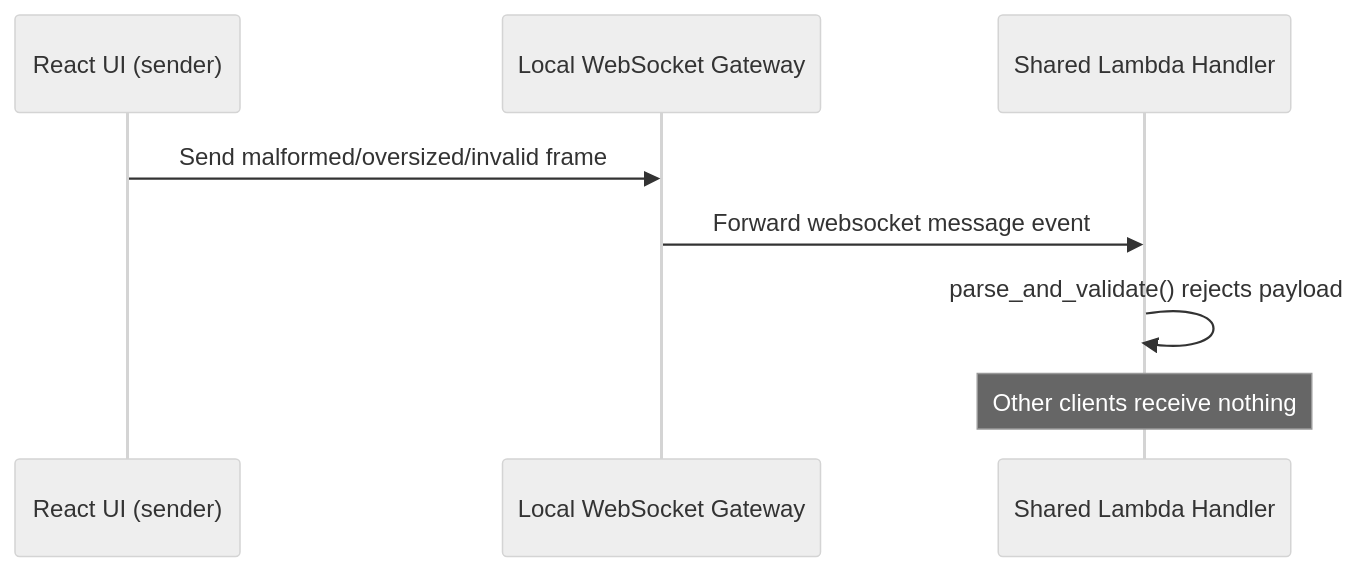
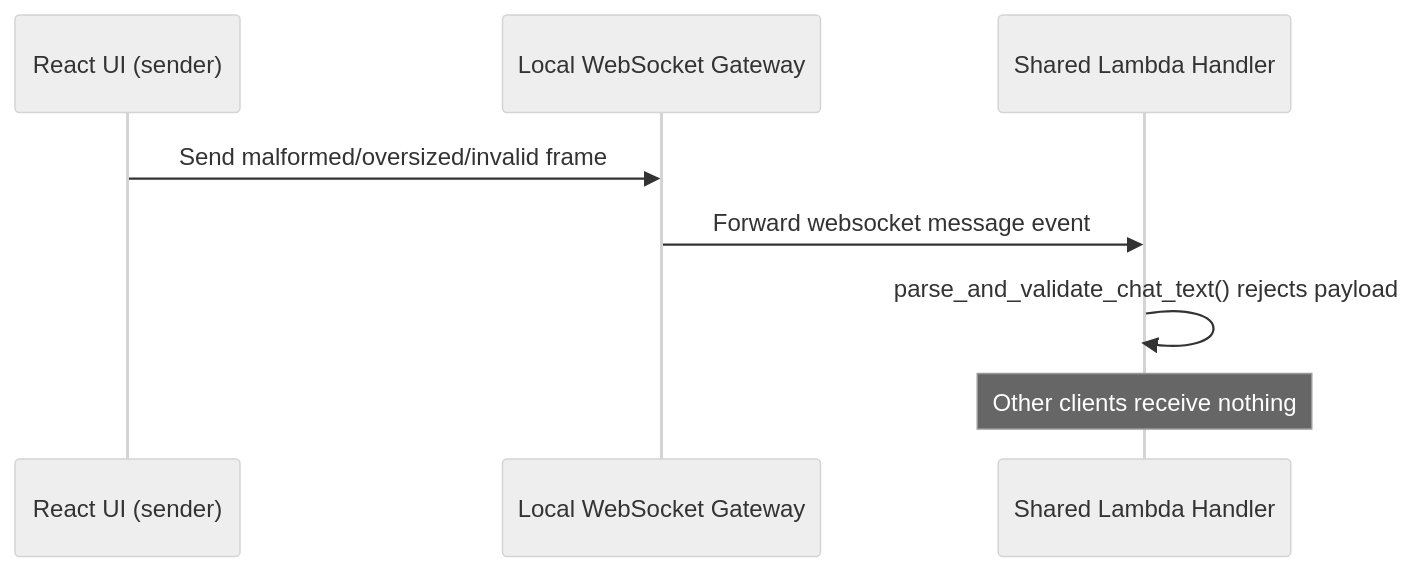
One commit to stigmergist/VibeArch changed the second of 2 diagrams in .arch/data-flow.md. Above: the diagram before and after it, drawn with Mermaid (neutral theme). The commit also changed other lines of this file and 12 other files, not shown here.

Commit message:
Unify runtime validation/session policy and sync architecture

````diff
--- a/.arch/data-flow.md
+++ b/.arch/data-flow.md
@@ -88,11 +88,11 @@
 ```mermaid
 sequenceDiagram
    participant F as React UI (sender)
    participant G as Local WebSocket Gateway
    participant L as Shared Lambda Handler
 
    F->>G: Send malformed/oversized/invalid frame
    G->>L: Forward websocket message event
-   L->>L: parse_and_validate() rejects payload
+   L->>L: parse_and_validate_chat_text() rejects payload
    Note over L: Other clients receive nothing
 ```
````
